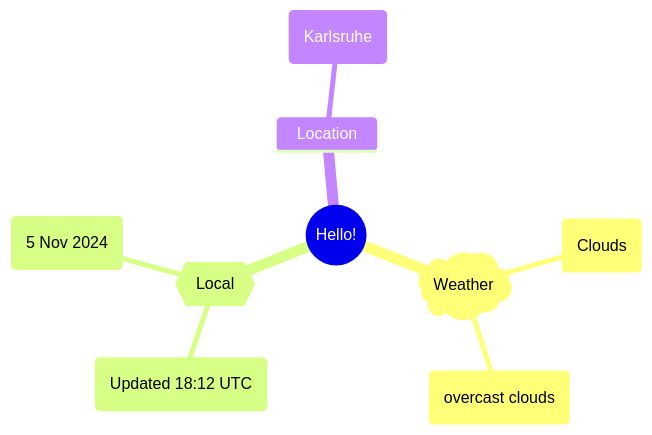
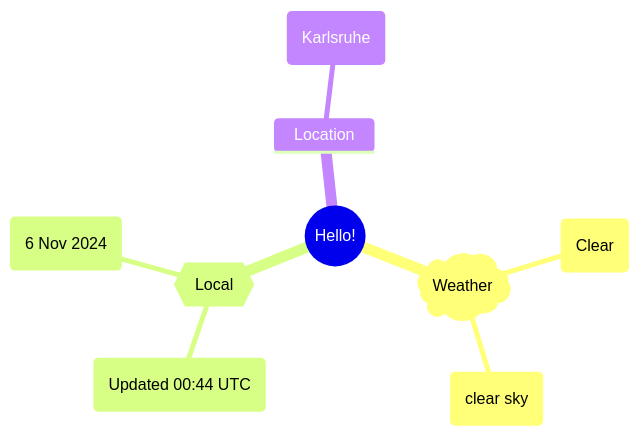
The first of 2 diagrams in README.md (Xosrov/Xosrov), drawn with Mermaid before and after one commit.

Commit message:
[bot] updated images

````diff
--- a/README.md
+++ b/README.md
@@ -3,12 +3,12 @@
 ```mermaid
 mindmap
   root((Hello!))
     )Weather(
-        (Clouds)
-        (overcast clouds)
+        (Clear)
+        (clear sky)
     {{Local}}
-        (Updated 18:12 UTC)
-        (5 Nov 2024)
+        (Updated 00:44 UTC)
+        (6 Nov 2024)
     Location
         (Karlsruhe)
 ```
````
